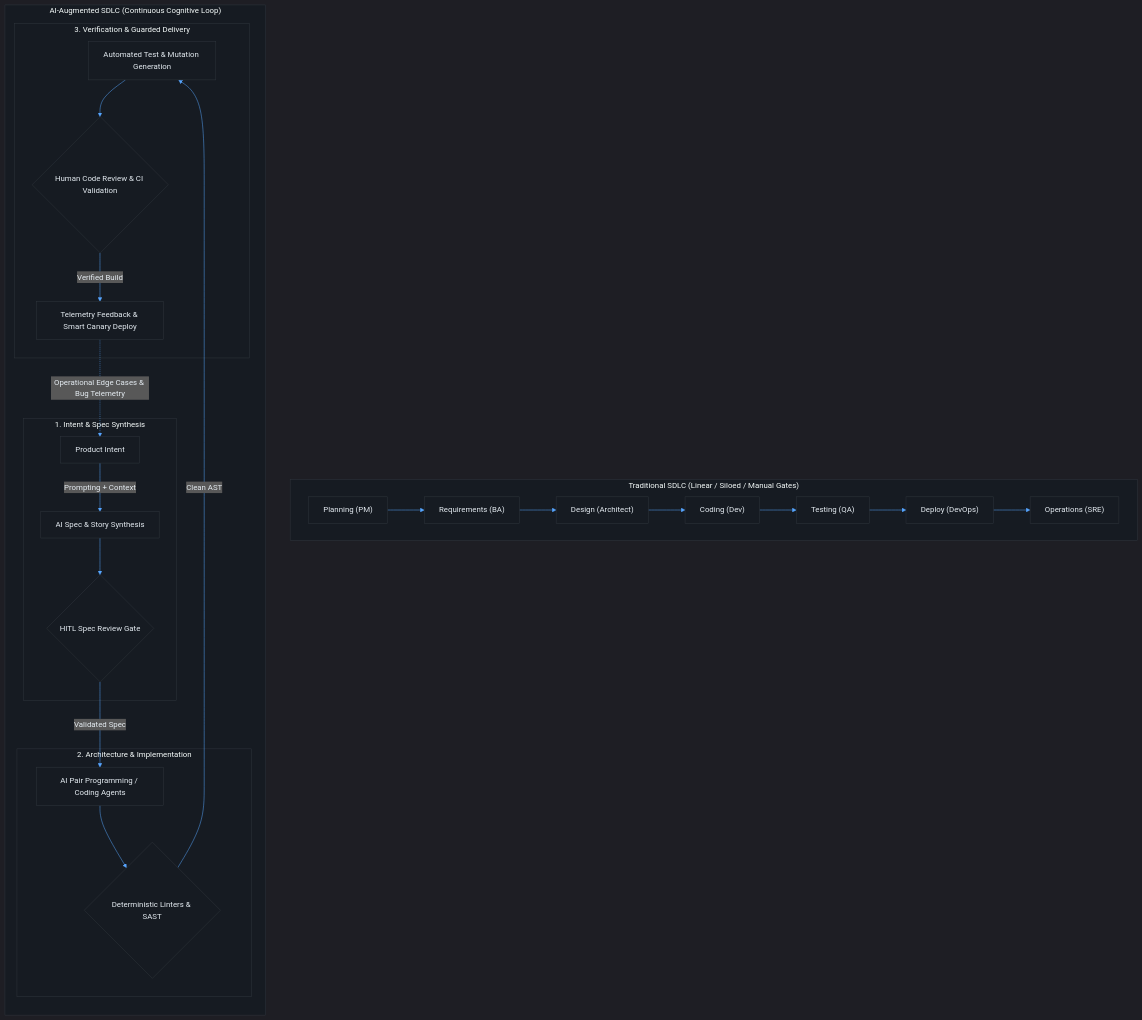
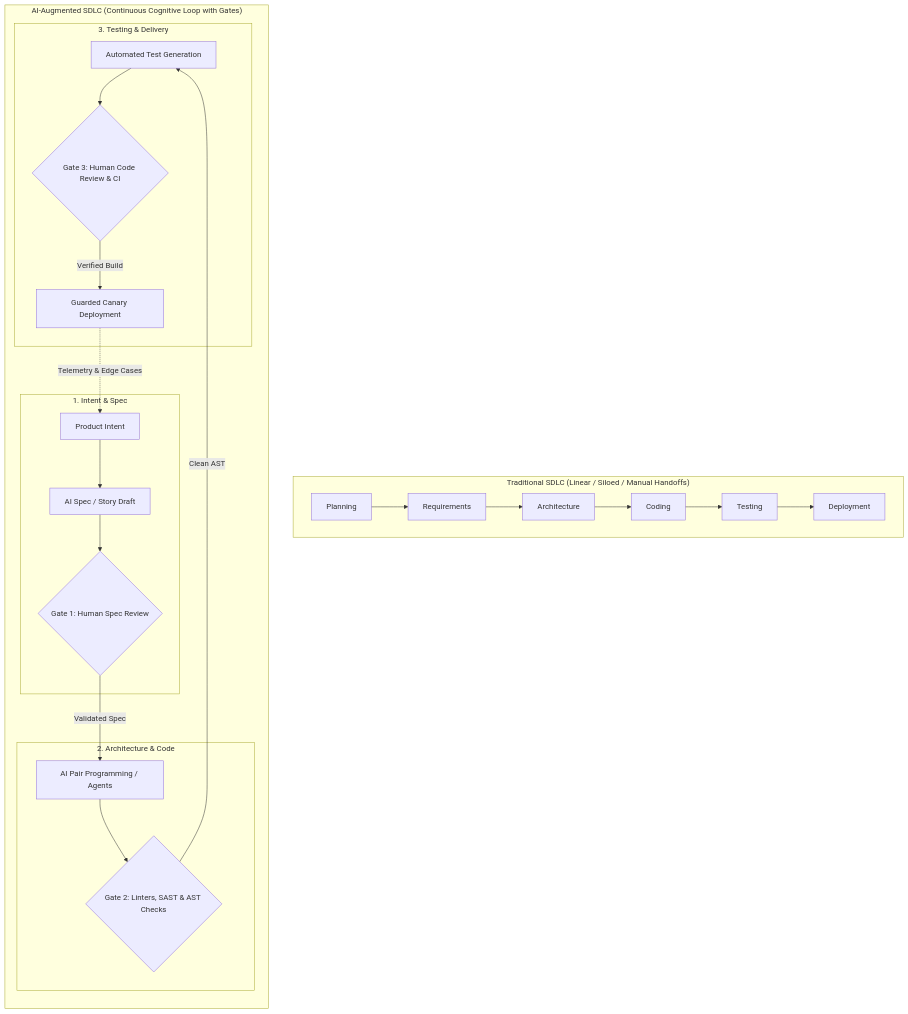
Before and after one commit to shreyash2601/bits-notes: the diagram in AI-Augmented-Software-Development/Lecture 1/Lecture_01_Notes.md, drawn with Mermaid. The commit also changed other lines of this file and 31 other files, not shown here.

````diff
--- a/AI-Augmented-Software-Development/Lecture 1/Lecture_01_Notes.md
+++ b/AI-Augmented-Software-Development/Lecture 1/Lecture_01_Notes.md
@@ -147,34 +115,32 @@
 ```mermaid
-%%{init: {'theme': 'dark', 'themeVariables': { 'darkMode': true, 'background': '#0d1117', 'mainBkg': '#161b22', 'textColor': '#e6edf3', 'lineColor': '#58a6ff', 'errorBkgColor': '#8b0000', 'nodeBorder': '#30363d', 'clusterBkg': '#161b22', 'clusterBorder': '#30363d'}}}%%
 flowchart TD
-    subgraph Traditional_SDLC["Traditional SDLC (Linear / Siloed / Manual Gates)"]
+    subgraph Traditional_SDLC["Traditional SDLC (Linear / Siloed / Manual Handoffs)"]
         direction LR
-        P1["Planning (PM)"] --> R1["Requirements (BA)"]
-        R1 --> D1["Design (Architect)"]
-        D1 --> C1["Coding (Dev)"]
-        C1 --> T1["Testing (QA)"]
-        T1 --> DP1["Deploy (DevOps)"]
-        DP1 --> M1["Operations (SRE)"]
+        P1["Planning"] --> R1["Requirements"]
+        R1 --> D1["Architecture"]
+        D1 --> C1["Coding"]
+        C1 --> T1["Testing"]
+        T1 --> DP1["Deployment"]
     end
 
-    subgraph AI_Augmented_SDLC["AI-Augmented SDLC (Continuous Cognitive Loop)"]
+    subgraph AI_Augmented_SDLC["AI-Augmented SDLC (Continuous Cognitive Loop with Gates)"]
         direction TB
-        subgraph Intent_Spec["1. Intent & Spec Synthesis"]
-            P2["Product Intent"] -->|"Prompting + Context"| AI_Req["AI Spec & Story Synthesis"]
-            AI_Req --> Gate1{"HITL Spec Review Gate"}
+        subgraph Stage1["1. Intent & Spec"]
+            P2["Product Intent"] --> AI_Req["AI Spec / Story Draft"]
+            AI_Req --> Gate1{"Gate 1: Human Spec Review"}
         end
 
-        subgraph Arch_Code["2. Architecture & Implementation"]
-            Gate1 -->|"Validated Spec"| AI_Code["AI Pair Programming / Coding Agents"]
-            AI_Code --> Gate2{"Deterministic Linters & SAST"}
+        subgraph Stage2["2. Architecture & Code"]
+            Gate1 -->|"Validated Spec"| AI_Code["AI Pair Programming / Agents"]
+            AI_Code --> Gate2{"Gate 2: Linters, SAST & AST Checks"}
         end
 
-        subgraph QA_Deploy["3. Verification & Guarded Delivery"]
-            Gate2 -->|"Clean AST"| AI_Test["Automated Test & Mutation Generation"]
-            AI_Test --> Gate3{"Human Code Review & CI Validation"}
-            Gate3 -->|"Verified Build"| AI_Ops["Telemetry Feedback & Smart Canary Deploy"]
+        subgraph Stage3["3. Testing & Delivery"]
+            Gate2 -->|"Clean AST"| AI_Test["Automated Test Generation"]
+            AI_Test --> Gate3{"Gate 3: Human Code Review & CI"}
+            Gate3 -->|"Verified Build"| AI_Ops["Guarded Canary Deployment"]
         end
 
-        AI_Ops -.->|"Operational Edge Cases & Bug Telemetry"| P2
+        AI_Ops -.->|"Telemetry & Edge Cases"| P2
     end
 ```
````
